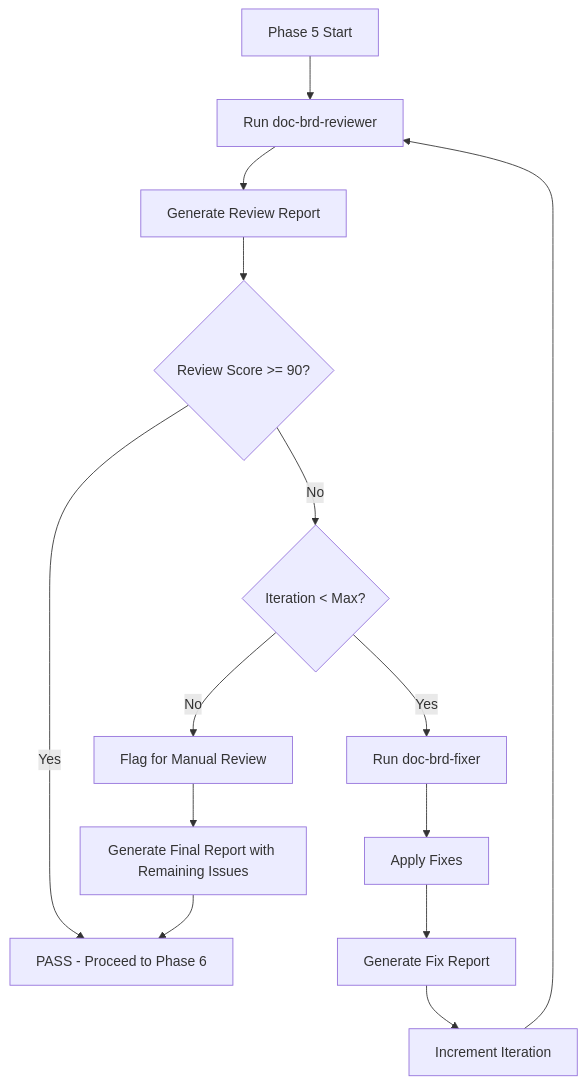
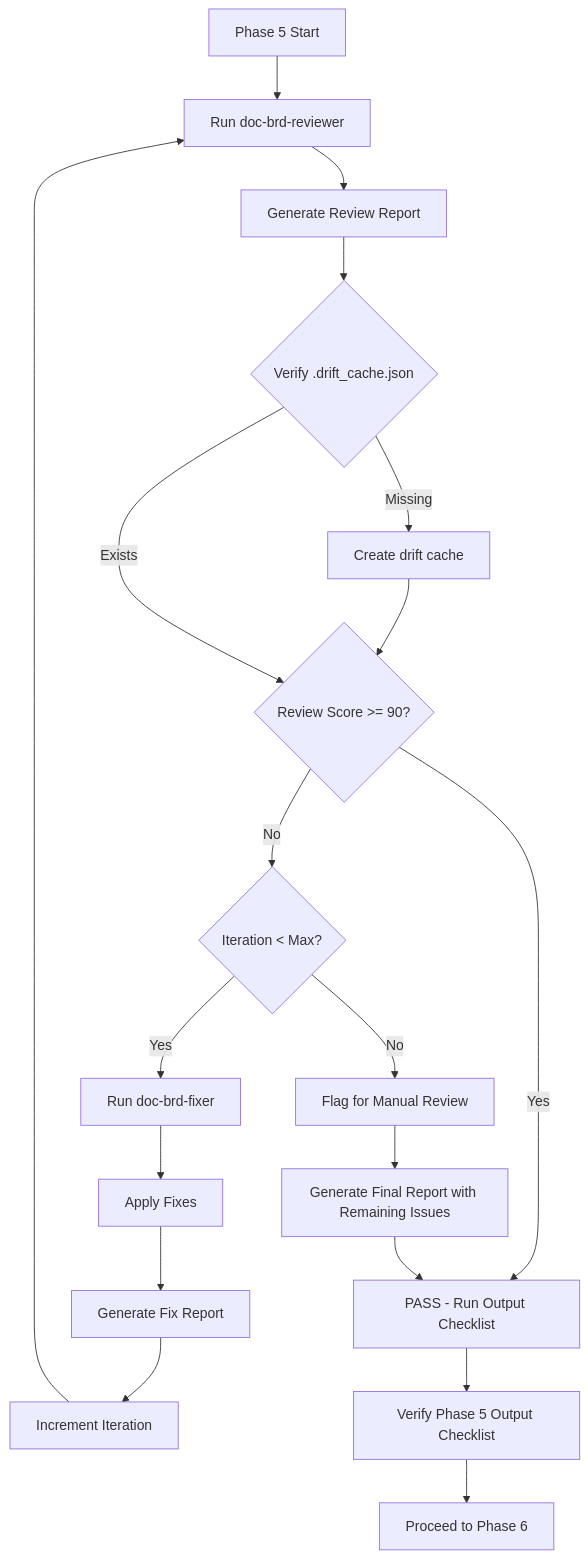
One commit to vladm3105/aidoc-flow-framework changed the second of 5 diagrams in .claude/skills/doc-brd-autopilot/SKILL.md. Above: the diagram before and after it, drawn with Mermaid. The commit also changed other lines of this file and 4 other files, not shown here.

````diff
--- a/.claude/skills/doc-brd-autopilot/SKILL.md
+++ b/.claude/skills/doc-brd-autopilot/SKILL.md
@@ -700,19 +787,25 @@
 ```mermaid
 flowchart TD
     A[Phase 5 Start] --> B[Run doc-brd-reviewer]
     B --> C[Generate Review Report]
-    C --> D{Review Score >= 90?}
+    C --> V{Verify .drift_cache.json}
+    V -->|Missing| W[Create drift cache]
+    W --> D
+    V -->|Exists| D{Review Score >= 90?}
 
-    D -->|Yes| E[PASS - Proceed to Phase 6]
+    D -->|Yes| E[PASS - Run Output Checklist]
     D -->|No| F{Iteration < Max?}
 
     F -->|Yes| G[Run doc-brd-fixer]
     G --> H[Apply Fixes]
     H --> I[Generate Fix Report]
     I --> J[Increment Iteration]
     J --> B
 
     F -->|No| K[Flag for Manual Review]
     K --> L[Generate Final Report with Remaining Issues]
     L --> E
+
+    E --> X[Verify Phase 5 Output Checklist]
+    X --> Y[Proceed to Phase 6]
 ```
````
